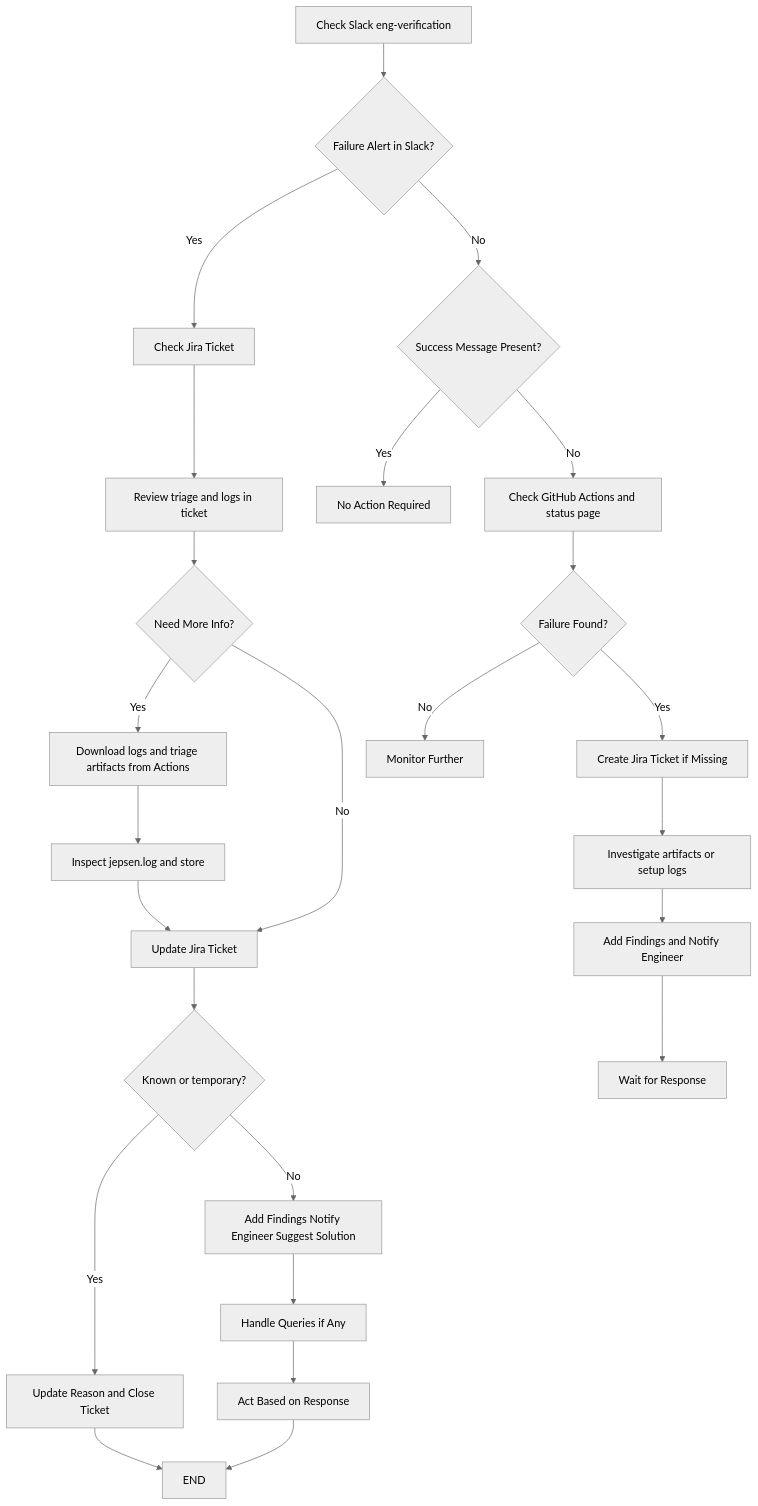
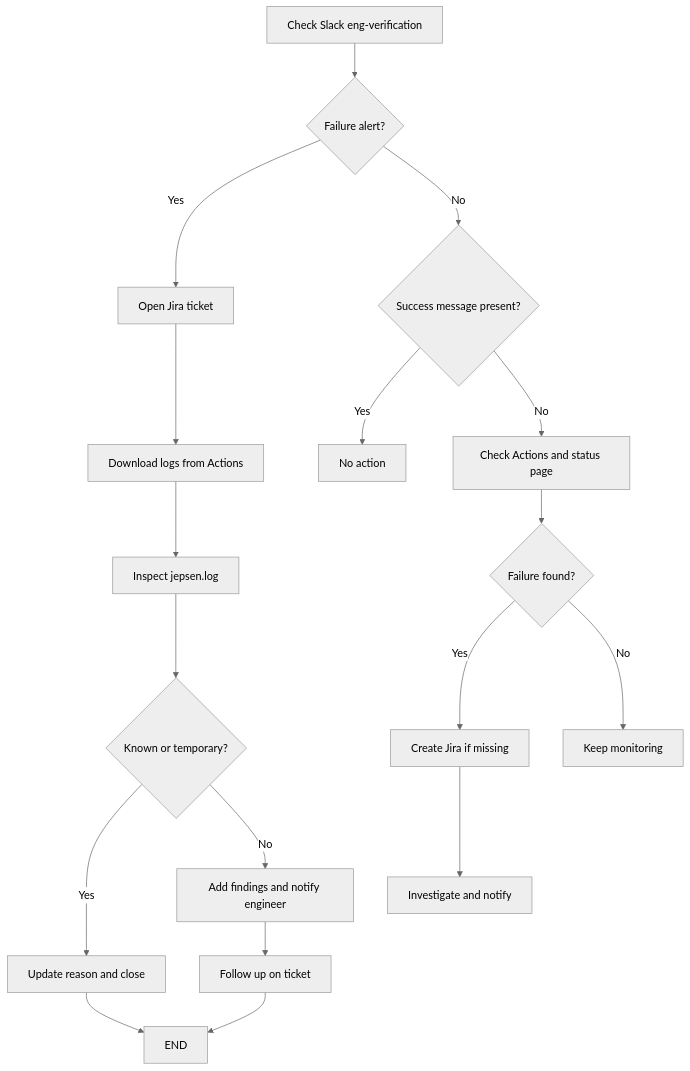
The diagram in docs/daily-test-checks.md (scalar-labs/scalar-jepsen), drawn with Mermaid (neutral theme) before and after one commit. The commit also changed other lines of this file and 1 other file, not shown here.

````diff
--- a/docs/daily-test-checks.md
+++ b/docs/daily-test-checks.md
@@ -115,32 +93,23 @@
 ```mermaid
 flowchart TD
 
-A[Check Slack eng-verification] --> B{Failure Alert in Slack?}
+A[Check Slack eng-verification] --> B{Failure alert?}
 
-B -- Yes --> C[Check Jira Ticket]
-C --> D[Review triage and logs in ticket]
-D --> E{Need More Info?}
-E -- Yes --> F[Download logs and triage artifacts from Actions]
-F --> G[Inspect jepsen.log and store]
-G --> H[Update Jira Ticket]
-E -- No --> H
+B -- Yes --> C[Open Jira ticket]
+C --> D[Download logs from Actions]
+D --> E[Inspect jepsen.log]
+E --> F{Known or temporary?}
+F -- Yes --> G[Update reason and close]
+F -- No --> H[Add findings and notify engineer]
+H --> I[Follow up on ticket]
+G --> END
+I --> END
 
-H --> I{Known or temporary?}
-I -- Yes --> J[Update Reason and Close Ticket]
-I -- No --> K[Add Findings Notify Engineer Suggest Solution]
-
-J --> END
-K --> L[Handle Queries if Any]
-L --> M[Act Based on Response]
-M --> END
-
-B -- No --> O{Success Message Present?}
-O -- Yes --> END1[No Action Required]
-O -- No --> P[Check GitHub Actions and status page]
-P --> Q{Failure Found?}
-Q -- Yes --> R[Create Jira Ticket if Missing]
-R --> S[Investigate artifacts or setup logs]
-S --> V[Add Findings and Notify Engineer]
-V --> W[Wait for Response]
-Q -- No --> END2[Monitor Further]
+B -- No --> J{Success message present?}
+J -- Yes --> END1[No action]
+J -- No --> K[Check Actions and status page]
+K --> L{Failure found?}
+L -- Yes --> M[Create Jira if missing]
+M --> N[Investigate and notify]
+L -- No --> END2[Keep monitoring]
 ```
````
